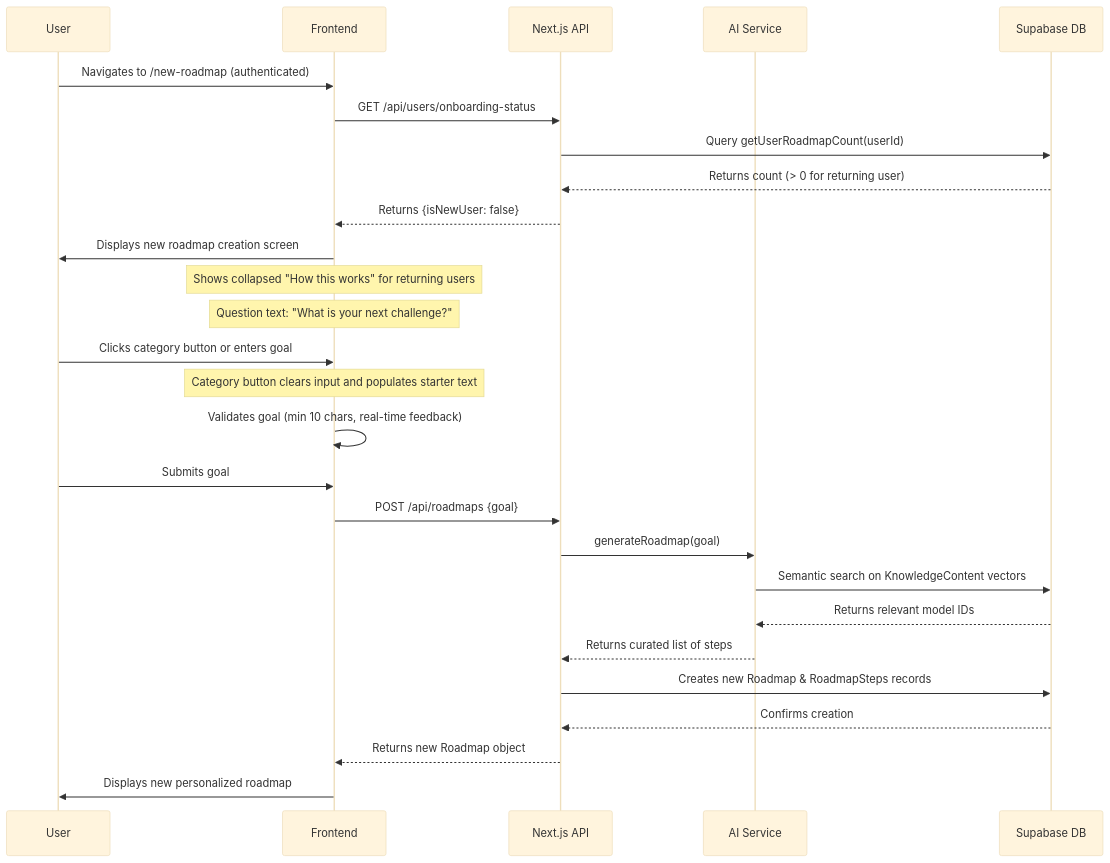
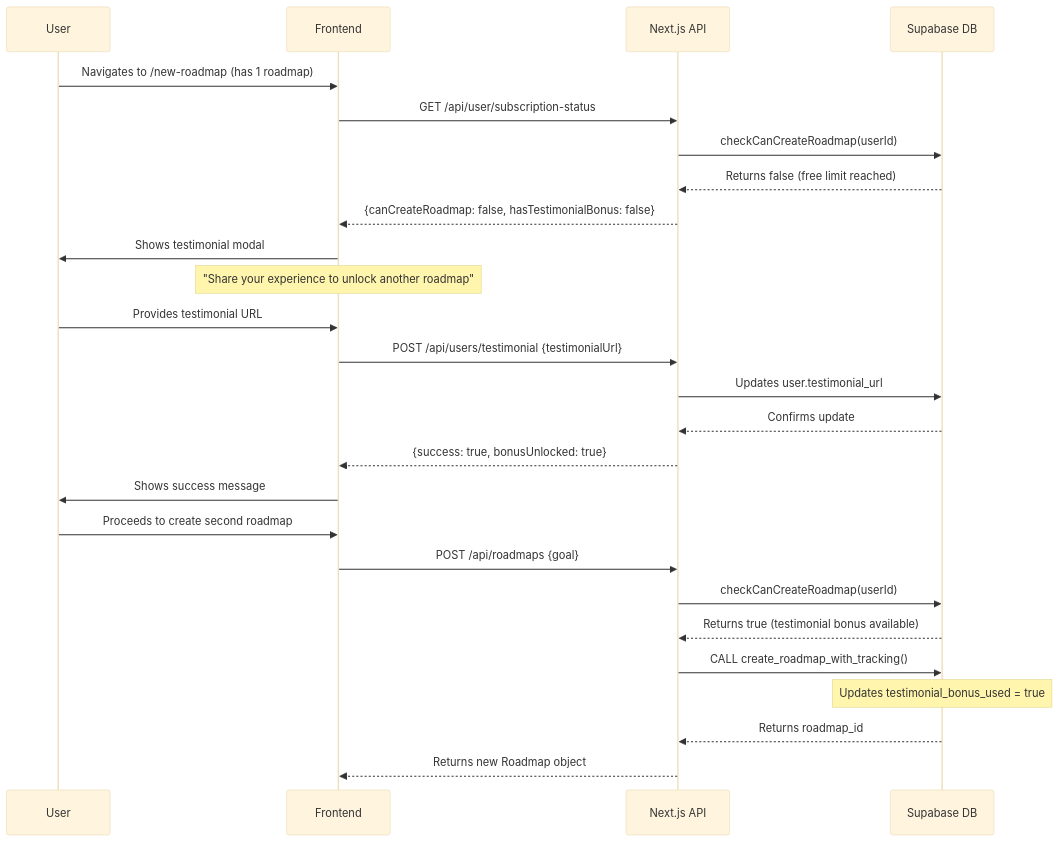
The second of 8 diagrams in docs/architecture/6-core-workflows.md (dhargitai/lattixiq), drawn with Mermaid (base theme) before and after one commit. The commit also changed other lines of this file and 4 other files, not shown here.

Commit message:
Update architecture docs to remove localStorage references and switch to database-only approach

````diff
--- a/docs/architecture/6-core-workflows.md
+++ b/docs/architecture/6-core-workflows.md
@@ -61,35 +65,34 @@
 ```mermaid
 sequenceDiagram
     participant User
     participant Frontend
     participant APIRoutes as Next.js API
-    participant AIService as AI Service
     participant SupabaseDB as Supabase DB
 
-    User->>Frontend: Navigates to /new-roadmap (authenticated)
-    Frontend->>APIRoutes: GET /api/users/onboarding-status
-    APIRoutes->>SupabaseDB: Query getUserRoadmapCount(userId)
-    SupabaseDB-->>APIRoutes: Returns count (> 0 for returning user)
-    APIRoutes-->>Frontend: Returns {isNewUser: false}
+    User->>Frontend: Navigates to /new-roadmap (has 1 roadmap)
+    Frontend->>APIRoutes: GET /api/user/subscription-status
+    APIRoutes->>SupabaseDB: checkCanCreateRoadmap(userId)
+    SupabaseDB-->>APIRoutes: Returns false (free limit reached)
+    APIRoutes-->>Frontend: {canCreateRoadmap: false, hasTestimonialBonus: false}
 
-    Frontend->>User: Displays new roadmap creation screen
-    Note over Frontend: Shows collapsed "How this works" for returning users
-    Note over Frontend: Question text: "What is your next challenge?"
+    Frontend->>User: Shows testimonial modal
+    Note over Frontend: "Share your experience to unlock another roadmap"
 
-    User->>Frontend: Clicks category button or enters goal
-    Note over Frontend: Category button clears input and populates starter text
-    Frontend->>Frontend: Validates goal (min 10 chars, real-time feedback)
-    User->>Frontend: Submits goal
+    User->>Frontend: Provides testimonial URL
+    Frontend->>APIRoutes: POST /api/users/testimonial {testimonialUrl}
+    APIRoutes->>SupabaseDB: Updates user.testimonial_url
+    SupabaseDB-->>APIRoutes: Confirms update
+    APIRoutes-->>Frontend: {success: true, bonusUnlocked: true}
 
+    Frontend->>User: Shows success message
+    User->>Frontend: Proceeds to create second roadmap
     Frontend->>APIRoutes: POST /api/roadmaps {goal}
-    APIRoutes->>AIService: generateRoadmap(goal)
-    AIService->>SupabaseDB: Semantic search on KnowledgeContent vectors
-    SupabaseDB-->>AIService: Returns relevant model IDs
-    AIService-->>APIRoutes: Returns curated list of steps
 
-    APIRoutes->>SupabaseDB: Creates new Roadmap & RoadmapSteps records
-    SupabaseDB-->>APIRoutes: Confirms creation
+    APIRoutes->>SupabaseDB: checkCanCreateRoadmap(userId)
+    SupabaseDB-->>APIRoutes: Returns true (testimonial bonus available)
+
+    APIRoutes->>SupabaseDB: CALL create_roadmap_with_tracking()
+    Note over SupabaseDB: Updates testimonial_bonus_used = true
+    SupabaseDB-->>APIRoutes: Returns roadmap_id
     APIRoutes-->>Frontend: Returns new Roadmap object
-
-    Frontend->>User: Displays new personalized roadmap
 ```
````
